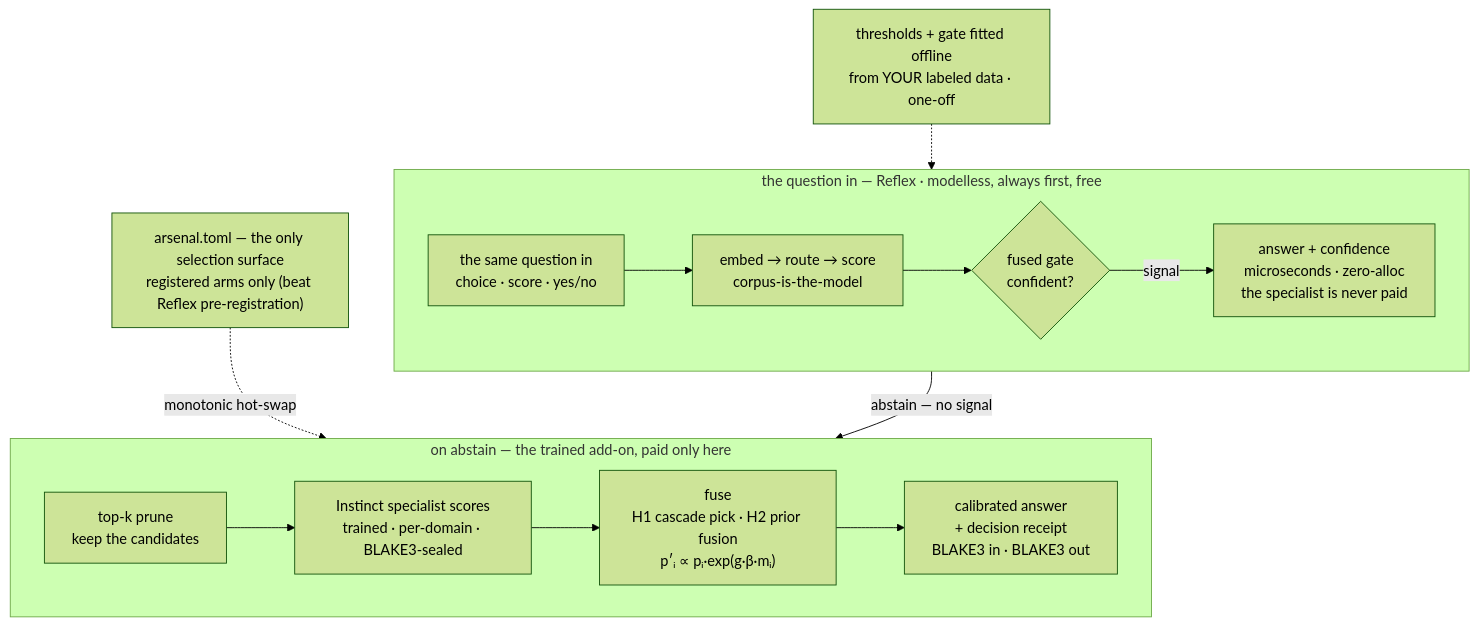
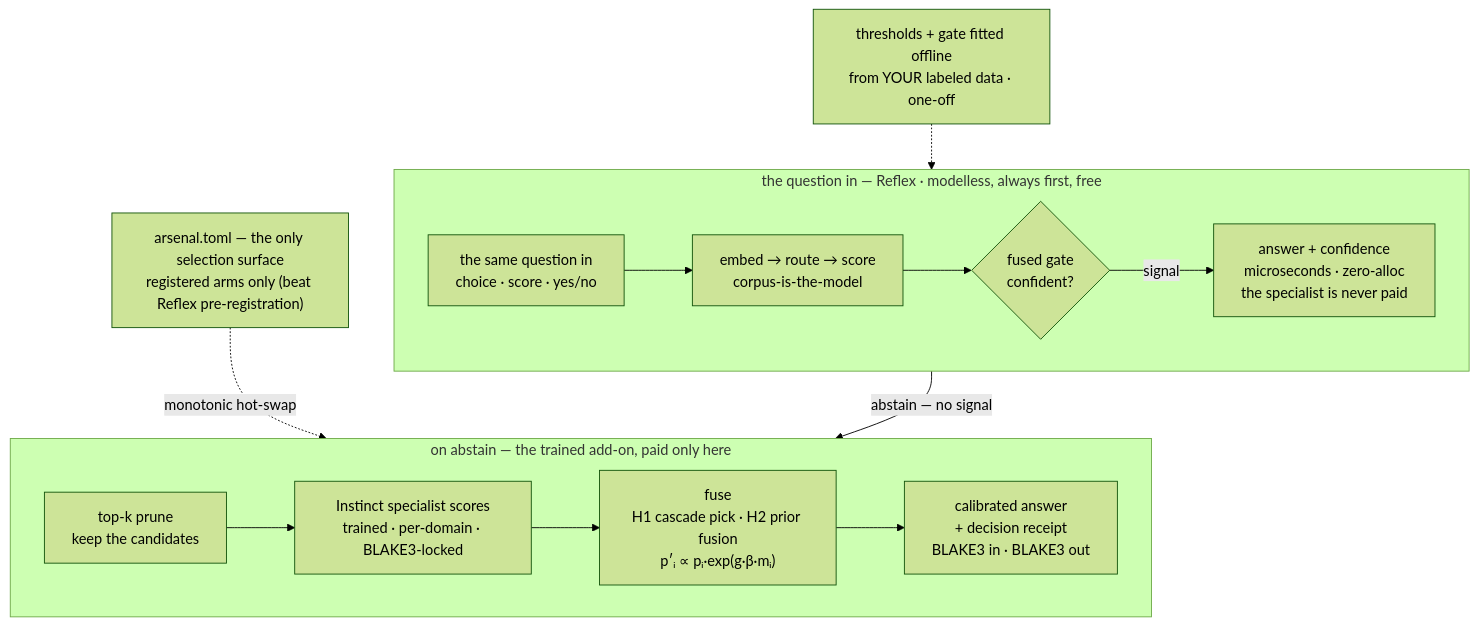
Before and after one commit to gist-rs/riir-instinct: the diagram in .docs/03_decision_flow/instinct_flow.md, drawn with Mermaid (forest theme). The commit also changed 5 other files, not shown here.

First line of the commit message:
docs: vocabulary — "seal/sealed" -> "lock/locked" in the public-by-mirror education docs + re-rendered figures

````diff
--- a/.docs/03_decision_flow/instinct_flow.md
+++ b/.docs/03_decision_flow/instinct_flow.md
@@ -29,19 +29,19 @@
 ```mermaid
 %% file: instinct_flow.svg
-%% aria: The Instinct composition flow in two bands: the top band is the question in — the same typed question runs Reflex's modelless engine first, and a confident fused-gate answer returns in microseconds with the specialist never paid; on abstain the bottom band takes over — top-k prune keeps the candidates, the sealed per-domain specialist scores them, an H1 cascade or H2 prior fusion calibrates the pick, and the answer ships with a decision receipt — while arsenal.toml, the only selection surface, hot-swaps registered arms monotonically
+%% aria: The Instinct composition flow in two bands: the top band is the question in — the same typed question runs Reflex's modelless engine first, and a confident fused-gate answer returns in microseconds with the specialist never paid; on abstain the bottom band takes over — top-k prune keeps the candidates, the locked per-domain specialist scores them, an H1 cascade or H2 prior fusion calibrates the pick, and the answer ships with a decision receipt — while arsenal.toml, the only selection surface, hot-swaps registered arms monotonically
 flowchart TB
   subgraph IN["the question in — Reflex · modelless, always first, free"]
     direction LR
     Q["the same question in<br/>choice · score · yes/no"] --> E["embed → route → score<br/>corpus-is-the-model"] --> G{"fused gate<br/>confident?"}
     G -- "signal" --> A["answer + confidence<br/>microseconds · zero-alloc<br/>the specialist is never paid"]
   end
   subgraph OUT["on abstain — the trained add-on, paid only here"]
     direction LR
-    P["top-k prune<br/>keep the candidates"] --> S["Instinct specialist scores<br/>trained · per-domain · BLAKE3-sealed"] --> F["fuse<br/>H1 cascade pick · H2 prior fusion<br/>p′ᵢ ∝ pᵢ·exp(g·β·mᵢ)"] --> A2["calibrated answer<br/>+ decision receipt<br/>BLAKE3 in · BLAKE3 out"]
+    P["top-k prune<br/>keep the candidates"] --> S["Instinct specialist scores<br/>trained · per-domain · BLAKE3-locked"] --> F["fuse<br/>H1 cascade pick · H2 prior fusion<br/>p′ᵢ ∝ pᵢ·exp(g·β·mᵢ)"] --> A2["calibrated answer<br/>+ decision receipt<br/>BLAKE3 in · BLAKE3 out"]
   end
   T["thresholds + gate fitted offline<br/>from YOUR labeled data · one-off"]
   M["arsenal.toml — the only selection surface<br/>registered arms only (beat Reflex pre-registration)"]
   T -.-> G
   G -- "abstain — no signal" --> P
   M -. "monotonic hot-swap" .-> S
 ```
````
